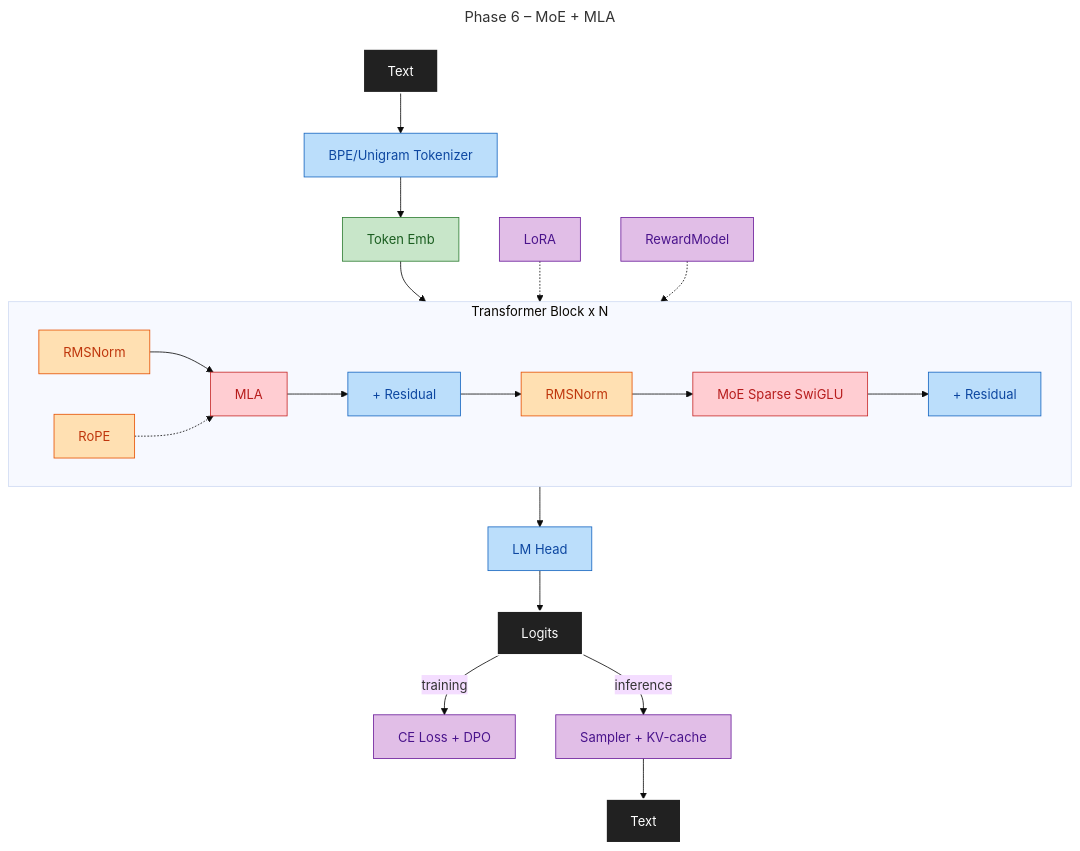
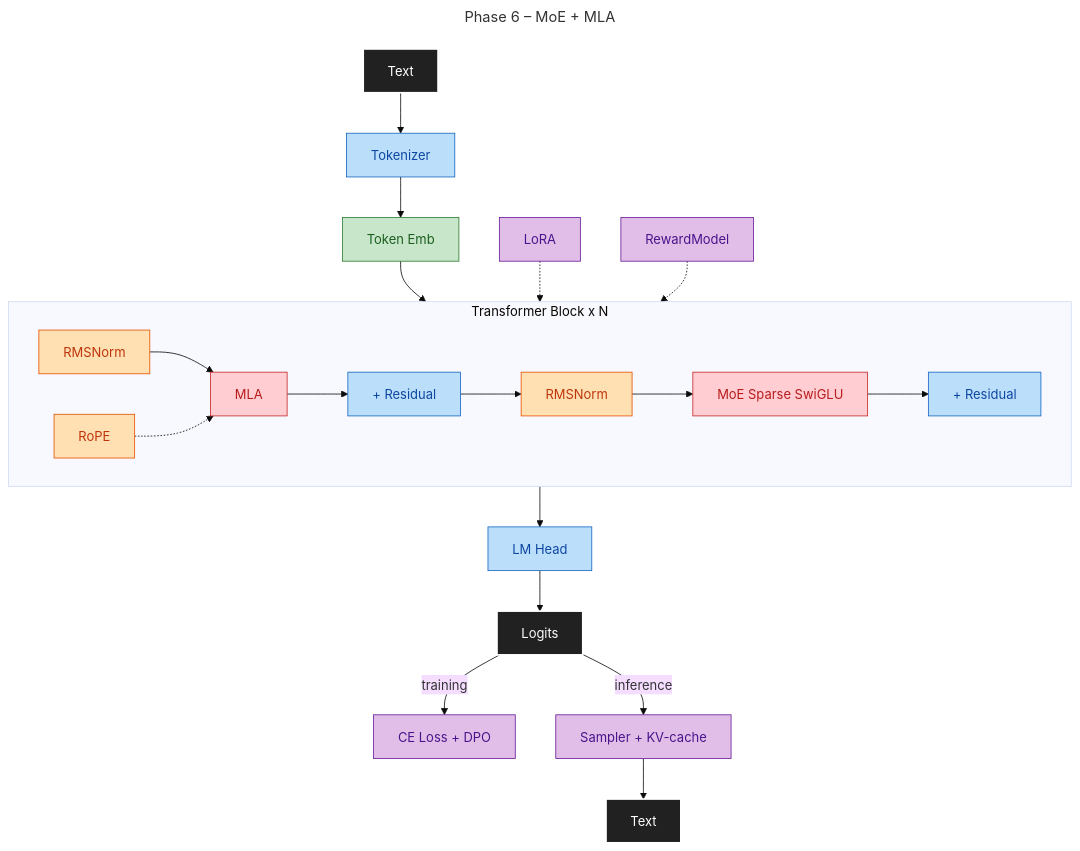
The fifth of 7 diagrams in docs/DESIGN.md (maxjbarfuss/max_llm), drawn with Mermaid (base theme) before and after one commit. The commit also changed other lines of this file and 5 other files, not shown here.

````diff
--- a/docs/DESIGN.md
+++ b/docs/DESIGN.md
@@ -122,23 +122,23 @@
 ```mermaid
 ---
 title: Phase 6 – MoE + MLA
 ---
 graph TD
-    A[Text]:::io --> B[BPE/Unigram Tokenizer]:::p3 --> C[Token Emb]:::p2 --> Block
+    A[Text]:::io --> B[Tokenizer]:::p3 --> C[Token Emb]:::p2 --> Block
     subgraph Block[Transformer Block x N]
         direction LR
         D[RMSNorm]:::p4 --> E[MLA]:::p6 --> F[+ Residual]:::p3 --> G[RMSNorm]:::p4 --> H[MoE Sparse SwiGLU]:::p6 --> I[+ Residual]:::p3
         RoPE:::p4 -.-> E
     end
     LoRA:::p5 -.-> Block
     RewardModel:::p5 -.-> Block
     Block --> J[LM Head]:::p3 --> K[Logits]:::io
     K -->|training| L[CE Loss + DPO]:::p5
     K -->|inference| M[Sampler + KV-cache]:::p5 --> N[Text]:::io
     classDef io fill:#212121,stroke:#FFFFFF,color:#FFFFFF,stroke-width:2px
     classDef p2 fill:#C8E6C9,stroke:#2E7D32,color:#1B5E20
     classDef p3 fill:#BBDEFB,stroke:#1565C0,color:#0D47A1
     classDef p4 fill:#FFE0B2,stroke:#E65100,color:#BF360C
     classDef p5 fill:#E1BEE7,stroke:#6A1B9A,color:#4A148C
     classDef p6 fill:#FFCDD2,stroke:#C62828,color:#B71C1C
 ```
````
